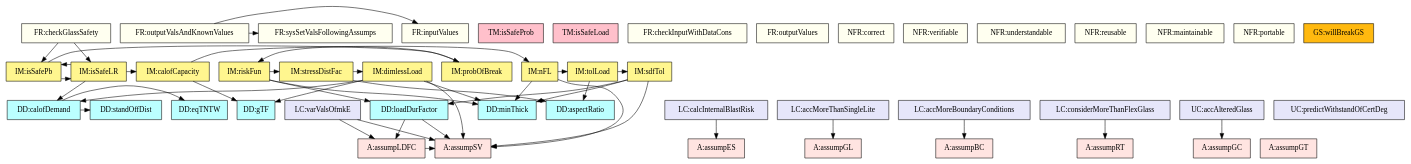
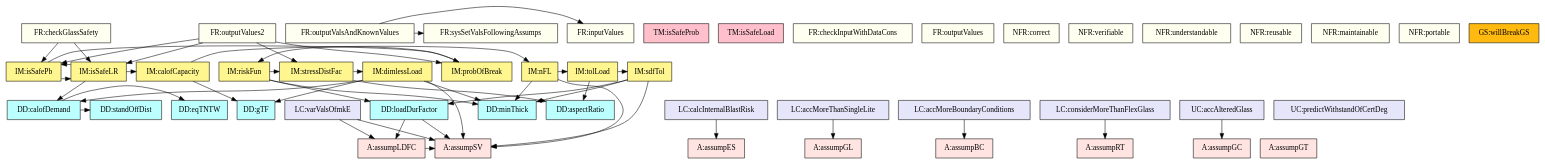
The diagram in code/stable/glassbr/TraceyGraph/allvsall.dot (JacquesCarette/Drasil), drawn with Graphviz before and after one commit. The commit also changed 37 other files, not shown here.

```diff
--- a/code/stable/glassbr/TraceyGraph/allvsall.dot
+++ b/code/stable/glassbr/TraceyGraph/allvsall.dot
@@ -1,118 +1,123 @@
 digraph "allvsall" {
     "instance:assumpLDFC" -> "instance:assumpSV";
     "dataDefn:loadDurFactor" -> "instance:assumpSV";
     "dataDefn:loadDurFactor" -> "instance:assumpLDFC";
     "dataDefn:demandq" -> "dataDefn:stdOffDist";
     "dataDefn:demandq" -> "dataDefn:eqTNTChar";
     "theory:riskFun" -> "dataDefn:minThick";
     "theory:riskFun" -> "dataDefn:loadDurFactor";
     "theory:riskFun" -> "theory:stressDistFac";
     "theory:stressDistFac" -> "dataDefn:aR";
     "theory:stressDistFac" -> "theory:dimlessLoad";
     "theory:nFL" -> "instance:assumpSV";
     "theory:nFL" -> "dataDefn:minThick";
     "theory:nFL" -> "theory:tolLoad";
     "theory:dimlessLoad" -> "instance:assumpSV";
     "theory:dimlessLoad" -> "dataDefn:minThick";
     "theory:dimlessLoad" -> "dataDefn:glassTypeFac";
     "theory:dimlessLoad" -> "dataDefn:demandq";
     "theory:tolLoad" -> "dataDefn:aR";
     "theory:tolLoad" -> "theory:sdfTol";
     "theory:sdfTol" -> "instance:assumpSV";
     "theory:sdfTol" -> "dataDefn:minThick";
     "theory:sdfTol" -> "dataDefn:loadDurFactor";
     "theory:probBr" -> "theory:riskFun";
     "theory:lResistance" -> "dataDefn:glassTypeFac";
     "theory:lResistance" -> "theory:nFL";
     "theory:isSafePb" -> "theory:probBr";
     "theory:isSafePb" -> "theory:isSafeLR";
     "theory:isSafeLR" -> "dataDefn:demandq";
     "theory:isSafeLR" -> "theory:lResistance";
     "theory:isSafeLR" -> "theory:isSafePb";
     "instance:outputValsAndKnownValues" -> "instance:inputValues";
     "instance:outputValsAndKnownValues" -> "instance:sysSetValsFollowingAssumps";
     "instance:checkGlassSafety" -> "theory:isSafePb";
     "instance:checkGlassSafety" -> "theory:isSafeLR";
+    "instance:outputValues2" -> "theory:stressDistFac";
+    "instance:outputValues2" -> "theory:probBr";
+    "instance:outputValues2" -> "theory:isSafePb";
+    "instance:outputValues2" -> "theory:isSafeLR";
     "instance:calcInternalBlastRisk" -> "instance:assumpES";
     "instance:varValsOfmkE" -> "instance:assumpSV";
     "instance:varValsOfmkE" -> "instance:assumpLDFC";
     "instance:accMoreThanSingleLite" -> "instance:assumpGL";
     "instance:accMoreBoundaryConditions" -> "instance:assumpBC";
     "instance:considerMoreThanFlexGlass" -> "instance:assumpRT";
     "instance:accAlteredGlass" -> "instance:assumpGC";
     "instance:assumpGT" [shape=box, color=black, style=filled, fillcolor="mistyrose", label="A:assumpGT"];
     "instance:assumpGC" [shape=box, color=black, style=filled, fillcolor="mistyrose", label="A:assumpGC"];
     "instance:assumpES" [shape=box, color=black, style=filled, fillcolor="mistyrose", label="A:assumpES"];
     "instance:assumpSV" [shape=box, color=black, style=filled, fillcolor="mistyrose", label="A:assumpSV"];
     "instance:assumpGL" [shape=box, color=black, style=filled, fillcolor="mistyrose", label="A:assumpGL"];
     "instance:assumpBC" [shape=box, color=black, style=filled, fillcolor="mistyrose", label="A:assumpBC"];
     "instance:assumpRT" [shape=box, color=black, style=filled, fillcolor="mistyrose", label="A:assumpRT"];
     "instance:assumpLDFC" [shape=box, color=black, style=filled, fillcolor="mistyrose", label="A:assumpLDFC"];
     subgraph "A" {
         rank="same";
         "instance:assumpGT" "instance:assumpGC" "instance:assumpES" "instance:assumpSV" "instance:assumpGL" "instance:assumpBC" "instance:assumpRT" "instance:assumpLDFC";
     }
     "dataDefn:minThick" [shape=box, color=black, style=filled, fillcolor="paleturquoise1", label="DD:minThick"];
     "dataDefn:loadDurFactor" [shape=box, color=black, style=filled, fillcolor="paleturquoise1", label="DD:loadDurFactor"];
     "dataDefn:glassTypeFac" [shape=box, color=black, style=filled, fillcolor="paleturquoise1", label="DD:gTF"];
     "dataDefn:stdOffDist" [shape=box, color=black, style=filled, fillcolor="paleturquoise1", label="DD:standOffDist"];
     "dataDefn:aR" [shape=box, color=black, style=filled, fillcolor="paleturquoise1", label="DD:aspectRatio"];
     "dataDefn:eqTNTChar" [shape=box, color=black, style=filled, fillcolor="paleturquoise1", label="DD:eqTNTW"];
     "dataDefn:demandq" [shape=box, color=black, style=filled, fillcolor="paleturquoise1", label="DD:calofDemand"];
     subgraph "DD" {
         rank="same";
         "dataDefn:minThick" "dataDefn:loadDurFactor" "dataDefn:glassTypeFac" "dataDefn:stdOffDist" "dataDefn:aR" "dataDefn:eqTNTChar" "dataDefn:demandq";
     }
     "theory:isSafeProb" [shape=box, color=black, style=filled, fillcolor="pink", label="TM:isSafeProb"];
     "theory:isSafeLoad" [shape=box, color=black, style=filled, fillcolor="pink", label="TM:isSafeLoad"];
     subgraph "TM" {
         rank="same";
         "theory:isSafeProb" "theory:isSafeLoad";
     }
     "theory:riskFun" [shape=box, color=black, style=filled, fillcolor="khaki1", label="IM:riskFun"];
     "theory:stressDistFac" [shape=box, color=black, style=filled, fillcolor="khaki1", label="IM:stressDistFac"];
     "theory:nFL" [shape=box, color=black, style=filled, fillcolor="khaki1", label="IM:nFL"];
     "theory:dimlessLoad" [shape=box, color=black, style=filled, fillcolor="khaki1", label="IM:dimlessLoad"];
     "theory:tolLoad" [shape=box, color=black, style=filled, fillcolor="khaki1", label="IM:tolLoad"];
     "theory:sdfTol" [shape=box, color=black, style=filled, fillcolor="khaki1", label="IM:sdfTol"];
     "theory:probBr" [shape=box, color=black, style=filled, fillcolor="khaki1", label="IM:probOfBreak"];
     "theory:lResistance" [shape=box, color=black, style=filled, fillcolor="khaki1", label="IM:calofCapacity"];
     "theory:isSafePb" [shape=box, color=black, style=filled, fillcolor="khaki1", label="IM:isSafePb"];
     "theory:isSafeLR" [shape=box, color=black, style=filled, fillcolor="khaki1", label="IM:isSafeLR"];
     subgraph "IM" {
         rank="same";
         "theory:riskFun" "theory:stressDistFac" "theory:nFL" "theory:dimlessLoad" "theory:tolLoad" "theory:sdfTol" "theory:probBr" "theory:lResistance" "theory:isSafePb" "theory:isSafeLR";
     }
     "instance:inputValues" [shape=box, color=black, style=filled, fillcolor="ivory", label="FR:inputValues"];
     "instance:sysSetValsFollowingAssumps" [shape=box, color=black, style=filled, fillcolor="ivory", label="FR:sysSetValsFollowingAssumps"];
     "instance:checkInputWithDataCons" [shape=box, color=black, style=filled, fillcolor="ivory", label="FR:checkInputWithDataCons"];
     "instance:outputValsAndKnownValues" [shape=box, color=black, style=filled, fillcolor="ivory", label="FR:outputValsAndKnownValues"];
     "instance:checkGlassSafety" [shape=box, color=black, style=filled, fillcolor="ivory", label="FR:checkGlassSafety"];
     "instance:outputValues" [shape=box, color=black, style=filled, fillcolor="ivory", label="FR:outputValues"];
     "instance:correct" [shape=box, color=black, style=filled, fillcolor="ivory", label="NFR:correct"];
     "instance:verifiable" [shape=box, color=black, style=filled, fillcolor="ivory", label="NFR:verifiable"];
     "instance:understandable" [shape=box, color=black, style=filled, fillcolor="ivory", label="NFR:understandable"];
     "instance:reusable" [shape=box, color=black, style=filled, fillcolor="ivory", label="NFR:reusable"];
     "instance:maintainable" [shape=box, color=black, style=filled, fillcolor="ivory", label="NFR:maintainable"];
     "instance:portable" [shape=box, color=black, style=filled, fillcolor="ivory", label="NFR:portable"];
+    "instance:outputValues2" [shape=box, color=black, style=filled, fillcolor="ivory", label="FR:outputValues2"];
     subgraph "FR" {
         rank="same";
-        "instance:inputValues" "instance:sysSetValsFollowingAssumps" "instance:checkInputWithDataCons" "instance:outputValsAndKnownValues" "instance:checkGlassSafety" "instance:outputValues" "instance:correct" "instance:verifiable" "instance:understandable" "instance:reusable" "instance:maintainable" "instance:portable";
+        "instance:inputValues" "instance:sysSetValsFollowingAssumps" "instance:checkInputWithDataCons" "instance:outputValsAndKnownValues" "instance:checkGlassSafety" "instance:outputValues" "instance:correct" "instance:verifiable" "instance:understandable" "instance:reusable" "instance:maintainable" "instance:portable" "instance:outputValues2";
     }
     "instance:willBreakGS" [shape=box, color=black, style=filled, fillcolor="darkgoldenrod1", label="GS:willBreakGS"];
     subgraph "GS" {
         rank="same";
         "instance:willBreakGS";
     }
     "instance:calcInternalBlastRisk" [shape=box, color=black, style=filled, fillcolor="lavender", label="LC:calcInternalBlastRisk"];
     "instance:varValsOfmkE" [shape=box, color=black, style=filled, fillcolor="lavender", label="LC:varValsOfmkE"];
     "instance:accMoreThanSingleLite" [shape=box, color=black, style=filled, fillcolor="lavender", label="LC:accMoreThanSingleLite"];
     "instance:accMoreBoundaryConditions" [shape=box, color=black, style=filled, fillcolor="lavender", label="LC:accMoreBoundaryConditions"];
     "instance:considerMoreThanFlexGlass" [shape=box, color=black, style=filled, fillcolor="lavender", label="LC:considerMoreThanFlexGlass"];
     "instance:predictWithstandOfCertDeg" [shape=box, color=black, style=filled, fillcolor="lavender", label="UC:predictWithstandOfCertDeg"];
     "instance:accAlteredGlass" [shape=box, color=black, style=filled, fillcolor="lavender", label="UC:accAlteredGlass"];
     subgraph "LC" {
         rank="same";
         "instance:calcInternalBlastRisk" "instance:varValsOfmkE" "instance:accMoreThanSingleLite" "instance:accMoreBoundaryConditions" "instance:considerMoreThanFlexGlass" "instance:predictWithstandOfCertDeg" "instance:accAlteredGlass";
     }
 }
```
